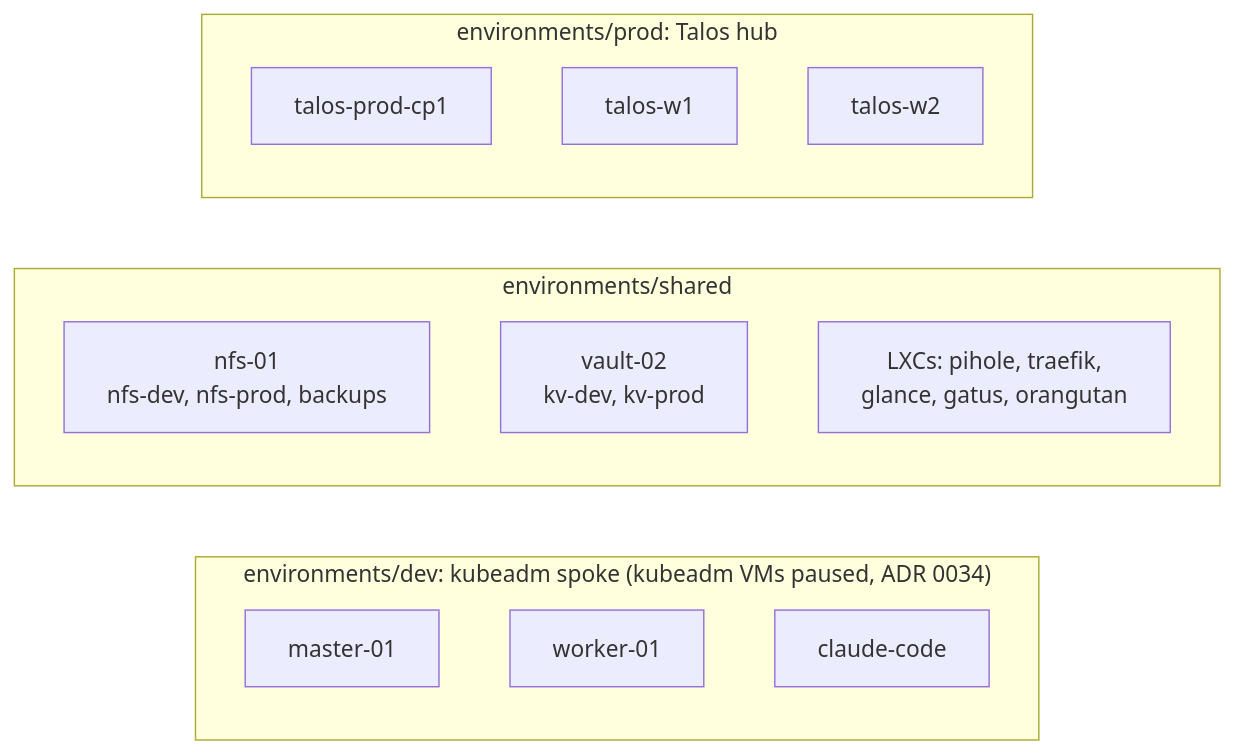
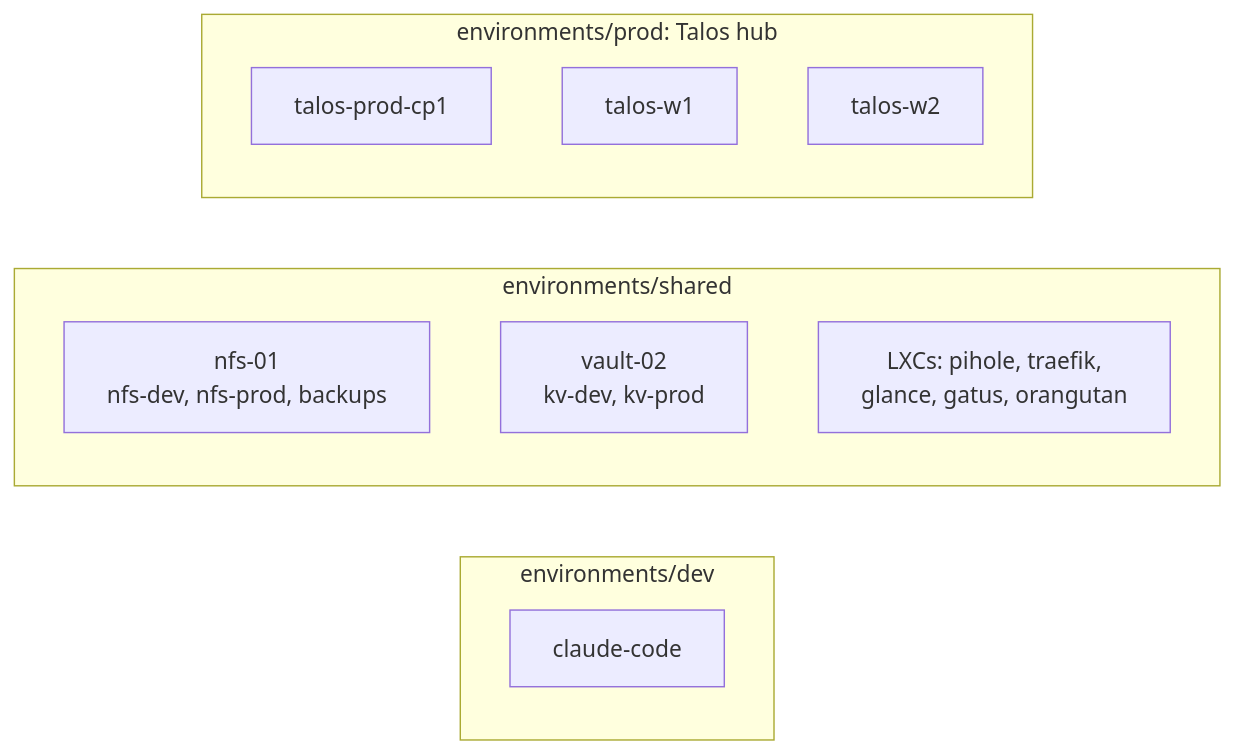
The first of 3 diagrams in README.md (maxim-grin/homelab), drawn with Mermaid before and after one commit. The commit also changed other lines of this file and 17 other files, not shown here.

````diff
--- a/README.md
+++ b/README.md
@@ -20,18 +20,16 @@
 ```mermaid
 flowchart LR
-    subgraph dev["environments/dev: kubeadm spoke (kubeadm VMs paused, ADR 0034)"]
-        master["master-01"]
-        worker["worker-01"]
+    subgraph dev["environments/dev"]
         claude["claude-code"]
     end
     subgraph shared["environments/shared"]
         nfs["nfs-01<br/>nfs-dev, nfs-prod, backups"]
         vault["vault-02<br/>kv-dev, kv-prod"]
         lxcs["LXCs: pihole, traefik,<br/>glance, gatus, orangutan"]
     end
     subgraph prod["environments/prod: Talos hub"]
         cp1["talos-prod-cp1"]
         w1["talos-w1"]
         w2["talos-w2"]
     end
 ```
````
